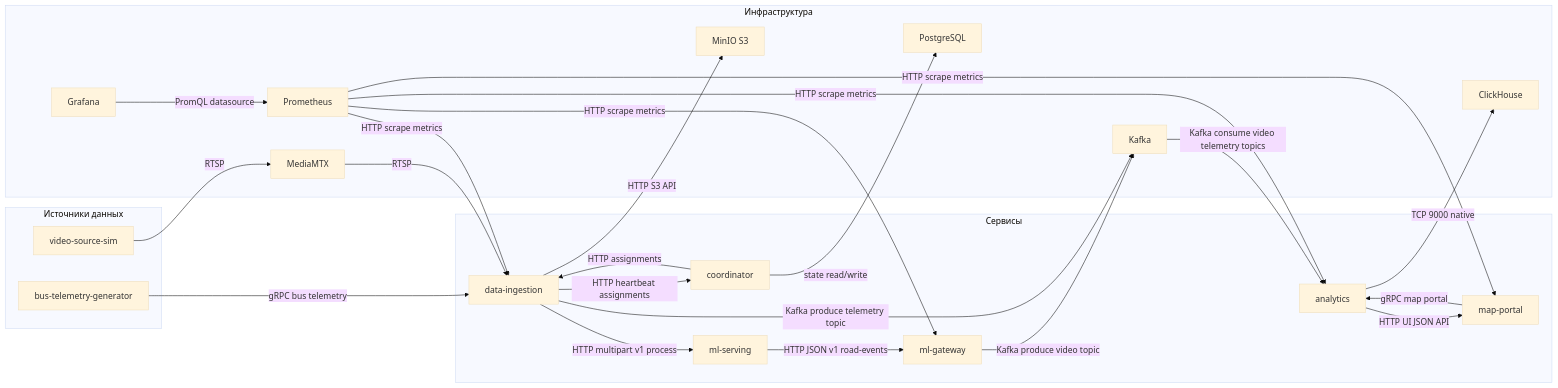
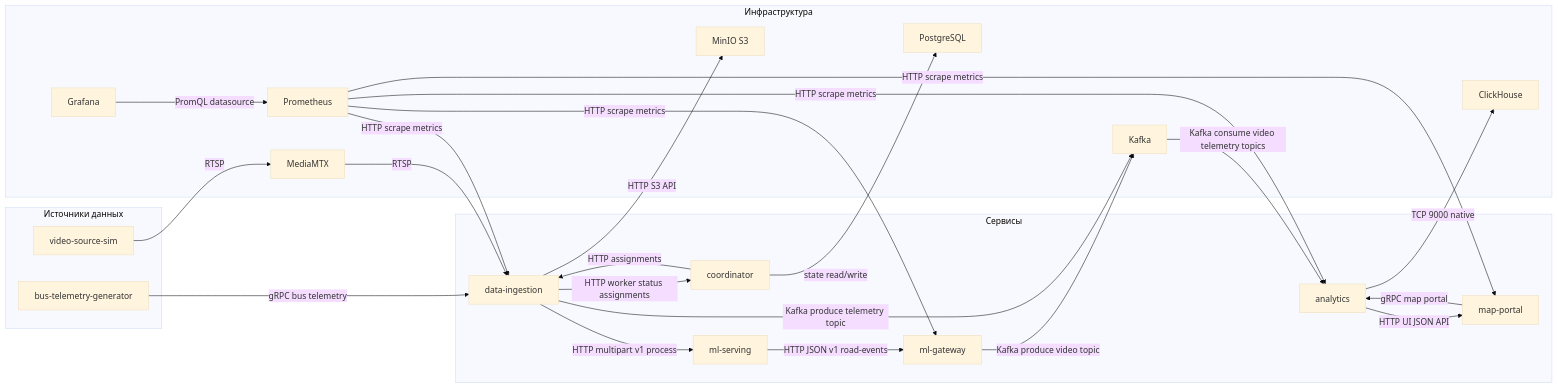
Before and after one commit to Phund4/its-project: the first of 2 diagrams in README.md, drawn with Mermaid (base theme). The commit also changed other lines of this file and 35 other files, not shown here.

````diff
--- a/README.md
+++ b/README.md
@@ -5,50 +5,50 @@
 ```mermaid
 flowchart LR
   subgraph Producers["Источники данных"]
     VideoSim[video-source-sim]
     BusGen[bus-telemetry-generator]
   end
 
   subgraph Services["Сервисы"]
     DI[data-ingestion]
     COORD[coordinator]
     MLS[ml-serving]
     MLG[ml-gateway]
     AN[analytics]
     MP[map-portal]
   end
 
   subgraph Infra["Инфраструктура"]
     MTX[MediaMTX]
     MinIO[MinIO S3]
     KFK[Kafka]
     CH[ClickHouse]
     PG[PostgreSQL]
     Prom[Prometheus]
     Graf[Grafana]
   end
 
   VideoSim -->|RTSP| MTX
-  DI -->|HTTP heartbeat assignments| COORD
+  DI -->|HTTP worker status assignments| COORD
   COORD -->|HTTP assignments| DI
   COORD -->|state read/write| PG
   MTX -->|RTSP| DI
   DI -->|HTTP S3 API| MinIO
   DI -->|HTTP multipart v1 process| MLS
   MLS -->|HTTP JSON v1 road-events| MLG
   MLG -->|Kafka produce video topic| KFK
   KFK -->|Kafka consume video telemetry topics| AN
   AN -->|TCP 9000 native| CH
 
   BusGen -->|gRPC bus telemetry| DI
   DI -->|Kafka produce telemetry topic| KFK
 
   MP -->|gRPC map portal| AN
   AN -->|HTTP UI JSON API| MP
 
   Prom -->|HTTP scrape metrics| DI
   Prom -->|HTTP scrape metrics| MLG
   Prom -->|HTTP scrape metrics| AN
   Prom -->|HTTP scrape metrics| MP
   Graf -->|PromQL datasource| Prom
 ```
````
